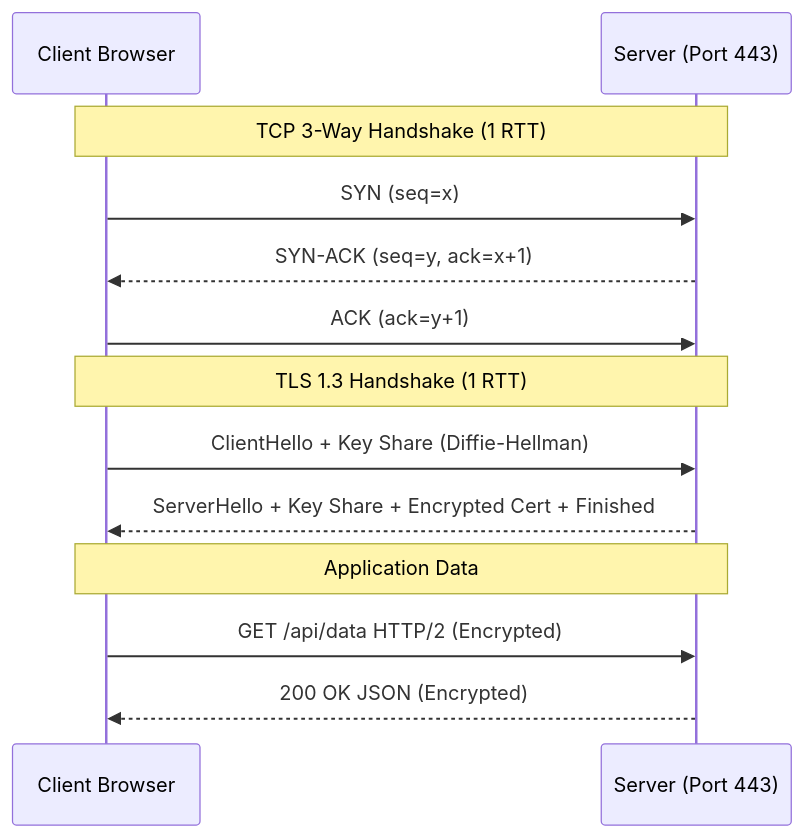
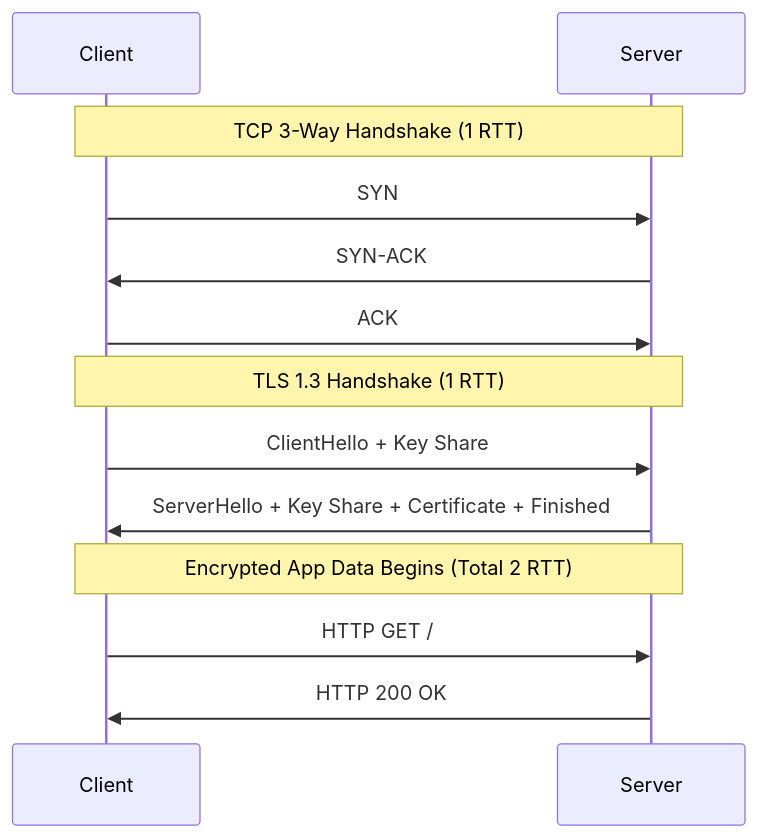
The diagram in cs-fundamentals/04_networking_tcp_tls_http.md (fazleyrabby/backend-engineering-mastery), drawn with Mermaid before and after one commit. The commit also changed other lines of this file and 15 other files, not shown here.

````diff
--- a/cs-fundamentals/04_networking_tcp_tls_http.md
+++ b/cs-fundamentals/04_networking_tcp_tls_http.md
@@ -21,18 +31,18 @@
 ```mermaid
 sequenceDiagram
-    participant Client as Client Browser
-    participant Server as Server (Port 443)
-
-    Note over Client,Server: TCP 3-Way Handshake (1 RTT)
-    Client->>Server: SYN (seq=x)
-    Server-->>Client: SYN-ACK (seq=y, ack=x+1)
-    Client->>Server: ACK (ack=y+1)
-
-    Note over Client,Server: TLS 1.3 Handshake (1 RTT)
-    Client->>Server: ClientHello + Key Share (Diffie-Hellman)
-    Server-->>Client: ServerHello + Key Share + Encrypted Cert + Finished
+    participant C as Client
+    participant S as Server
     
-    Note over Client,Server: Application Data
-    Client->>Server: GET /api/data HTTP/2 (Encrypted)
-    Server-->>Client: 200 OK JSON (Encrypted)
+    note over C,S: TCP 3-Way Handshake (1 RTT)
+    C->>S: SYN
+    S->>C: SYN-ACK
+    C->>S: ACK
+    
+    note over C,S: TLS 1.3 Handshake (1 RTT)
+    C->>S: ClientHello + Key Share
+    S->>C: ServerHello + Key Share + Certificate + Finished
+    
+    note over C,S: Encrypted App Data Begins (Total 2 RTT)
+    C->>S: HTTP GET /
+    S->>C: HTTP 200 OK
 ```
````
